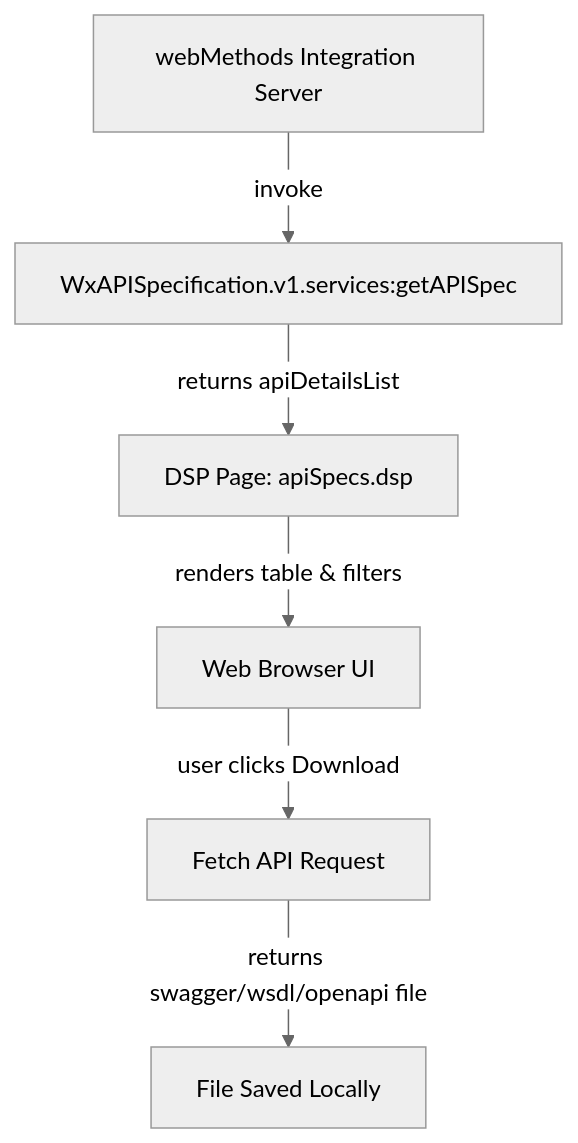
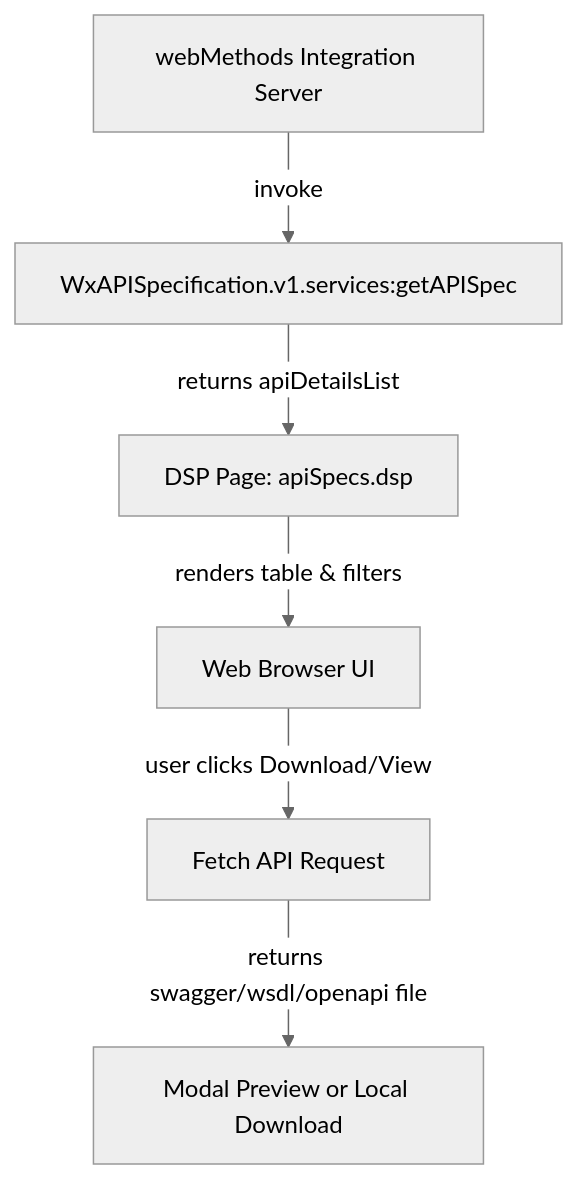
Before and after one commit to niveedkumarreddy/WxAPISpecification: the diagram in README.md, drawn with Mermaid (neutral theme). The commit also changed other lines of this file and 2 other files, not shown here.

Commit message:
Update view logic

````diff
--- a/README.md
+++ b/README.md
@@ -6,9 +6,9 @@
 ```mermaid
 flowchart TD
     A[webMethods Integration Server] -->|invoke| B[WxAPISpecification.v1.services:getAPISpec]
     B -->|returns apiDetailsList| C["DSP Page: apiSpecs.dsp"]
     C -->|renders table & filters| D[Web Browser UI]
-    D -->|user clicks Download| E[Fetch API Request]
-    E -->|returns swagger/wsdl/openapi file| F[File Saved Locally]
+    D -->|user clicks Download/View| E[Fetch API Request]
+    E -->|returns swagger/wsdl/openapi file| F[Modal Preview or Local Download]
 
 ```
````
